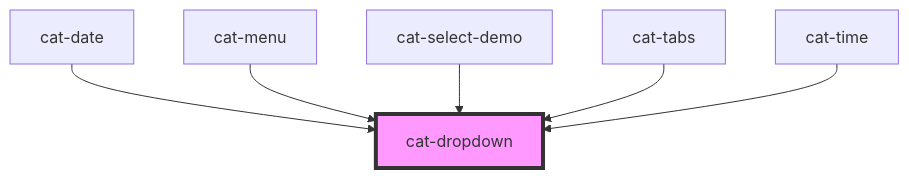
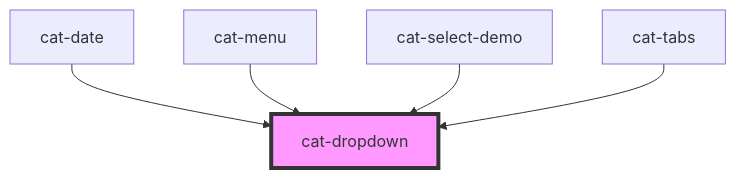
The diagram in core/src/components/cat-dropdown/readme.md (haiilo/catalyst), drawn with Mermaid before and after one commit. The commit also changed other lines of this file and 11 other files, not shown here.

Commit message:
feat(core): migrate cat-time to cat-menu

````diff
--- a/core/src/components/cat-dropdown/readme.md
+++ b/core/src/components/cat-dropdown/readme.md
@@ -91,9 +90,8 @@
 ```mermaid
 graph TD;
   cat-date --> cat-dropdown
   cat-menu --> cat-dropdown
   cat-select-demo --> cat-dropdown
   cat-tabs --> cat-dropdown
-  cat-time --> cat-dropdown
   style cat-dropdown fill:#f9f,stroke:#333,stroke-width:4px
 ```
````
